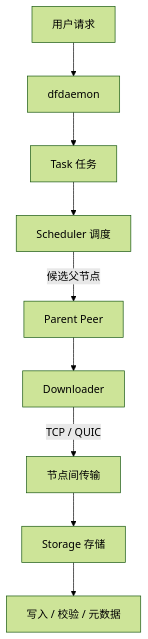
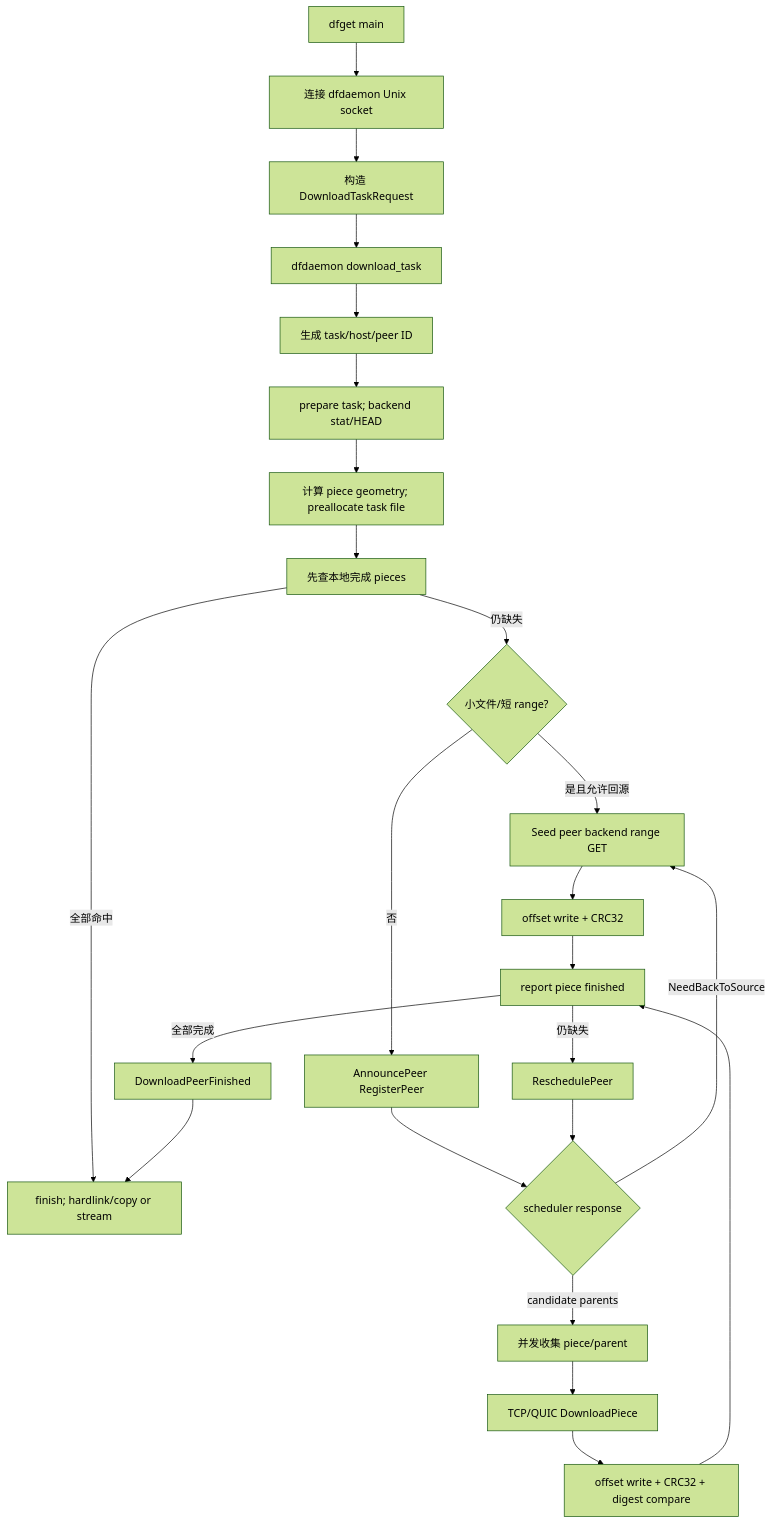
One commit to YIYUANYUAN1116/engineering-lab changed the fifth of 13 diagrams in share/dragonfly-urma-basic-sharing.md. Above: the diagram before and after it, drawn with Mermaid (forest theme). The commit also changed other lines of this file and 1 other file, not shown here.

````diff
--- a/share/dragonfly-urma-basic-sharing.md
+++ b/share/dragonfly-urma-basic-sharing.md
@@ -217,11 +223,26 @@
 ```mermaid
 flowchart TD
-    U[用户请求] --> D[dfdaemon]
-    D --> T[Task 任务]
-    T --> S[Scheduler 调度]
-    S -->|候选父节点| P[Parent Peer]
-    P --> DL[Downloader]
-    DL -->|TCP / QUIC| NET[节点间传输]
-    NET --> ST[Storage 存储]
-    ST --> ST2[写入 / 校验 / 元数据]
+    A[dfget main] --> B[连接 dfdaemon Unix socket]
+    B --> C[构造 DownloadTaskRequest]
+    C --> D[dfdaemon download_task]
+    D --> E[生成 task/host/peer ID]
+    E --> F[prepare task; backend stat/HEAD]
+    F --> G[计算 piece geometry; preallocate task file]
+    G --> H[先查本地完成 pieces]
+    H -->|全部命中| Z[finish; hardlink/copy or stream]
+    H -->|仍缺失| I{小文件/短 range?}
+    I -->|是且允许回源| J[Seed peer backend range GET]
+    I -->|否| K[AnnouncePeer RegisterPeer]
+    K --> L{scheduler response}
+    L -->|candidate parents| M[并发收集 piece/parent]
+    M --> N[TCP/QUIC DownloadPiece]
+    N --> O[offset write + CRC32 + digest compare]
+    O --> P[report piece finished]
+    P -->|仍缺失| Q[ReschedulePeer]
+    Q --> L
+    L -->|NeedBackToSource| J
+    J --> R[offset write + CRC32]
+    R --> P
+    P -->|全部完成| S[DownloadPeerFinished]
+    S --> Z
 ```
````
